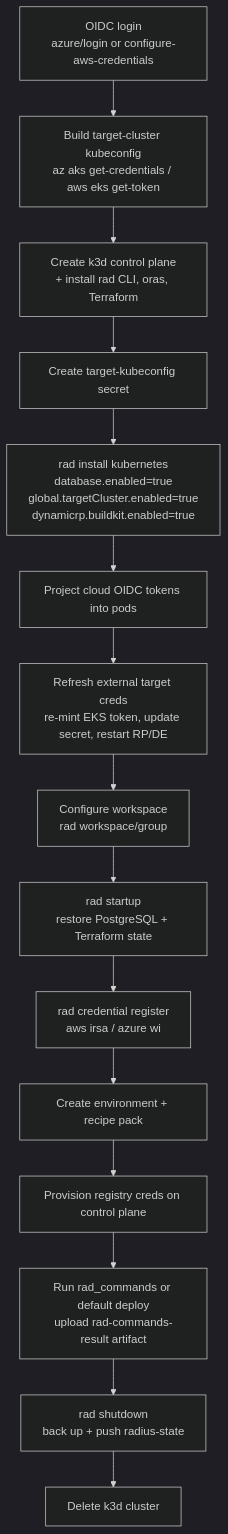
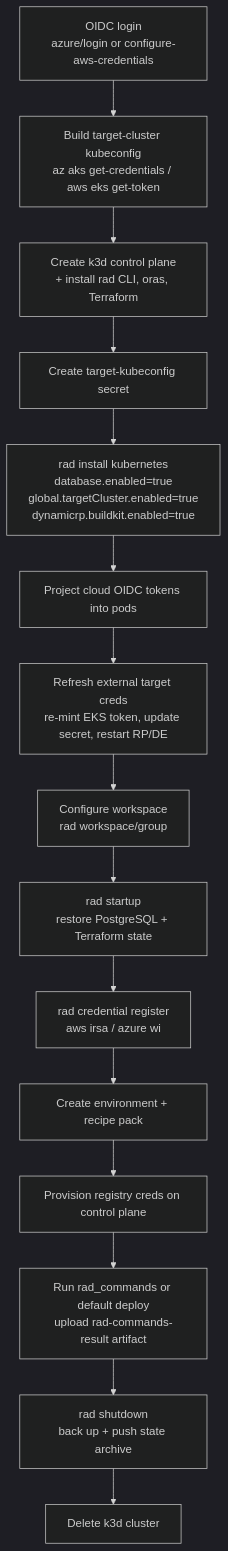
One commit to radius-project/radius changed the diagram in eng/design-notes/environments/2026-06-repo-radius-deploy-workflow.md. Above: the diagram before and after it, drawn with Mermaid (dark theme). The commit also changed other lines of this file and 3 other files, not shown here.

````diff
--- a/eng/design-notes/environments/2026-06-repo-radius-deploy-workflow.md
+++ b/eng/design-notes/environments/2026-06-repo-radius-deploy-workflow.md
@@ -98,17 +98,17 @@
 ```mermaid
 flowchart TD
     A[OIDC login<br/>azure/login or configure-aws-credentials] --> B[Build target-cluster kubeconfig<br/>az aks get-credentials / aws eks get-token]
     B --> C[Create k3d control plane<br/>+ install rad CLI, oras, Terraform]
     C --> D[Create target-kubeconfig secret]
     D --> E[rad install kubernetes<br/>database.enabled=true<br/>global.targetCluster.enabled=true<br/>dynamicrp.buildkit.enabled=true]
     E --> F[Project cloud OIDC tokens into pods]
     F --> G[Refresh external target creds<br/>re-mint EKS token, update secret, restart RP/DE]
     G --> H[Configure workspace<br/>rad workspace/group]
     H --> I[rad startup<br/>restore PostgreSQL + Terraform state]
     I --> J[rad credential register<br/>aws irsa / azure wi]
     J --> K[Create environment + recipe pack]
     K --> L[Provision registry creds on control plane]
     L --> M[Run rad_commands or default deploy<br/>upload rad-commands-result artifact]
-    M --> N[rad shutdown<br/>back up + push radius-state]
+    M --> N[rad shutdown<br/>back up + push state archive]
     N --> O[Delete k3d cluster]
 ```
````
